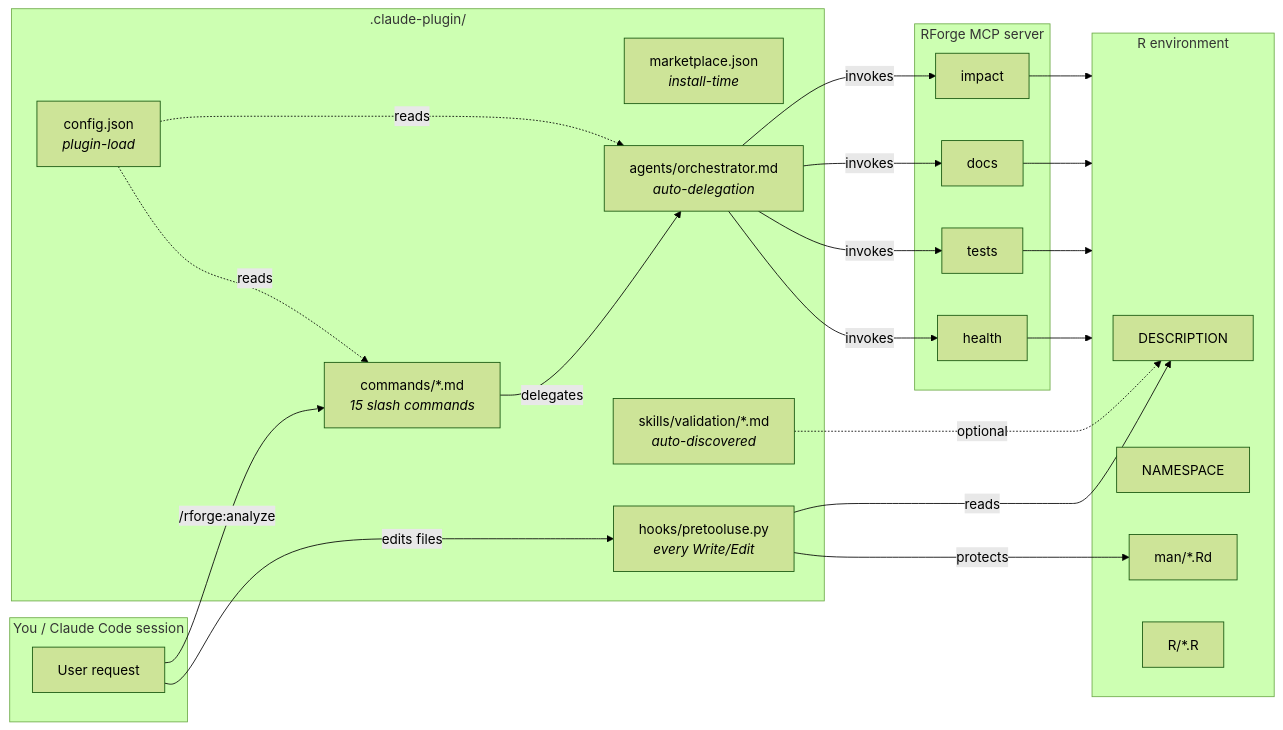
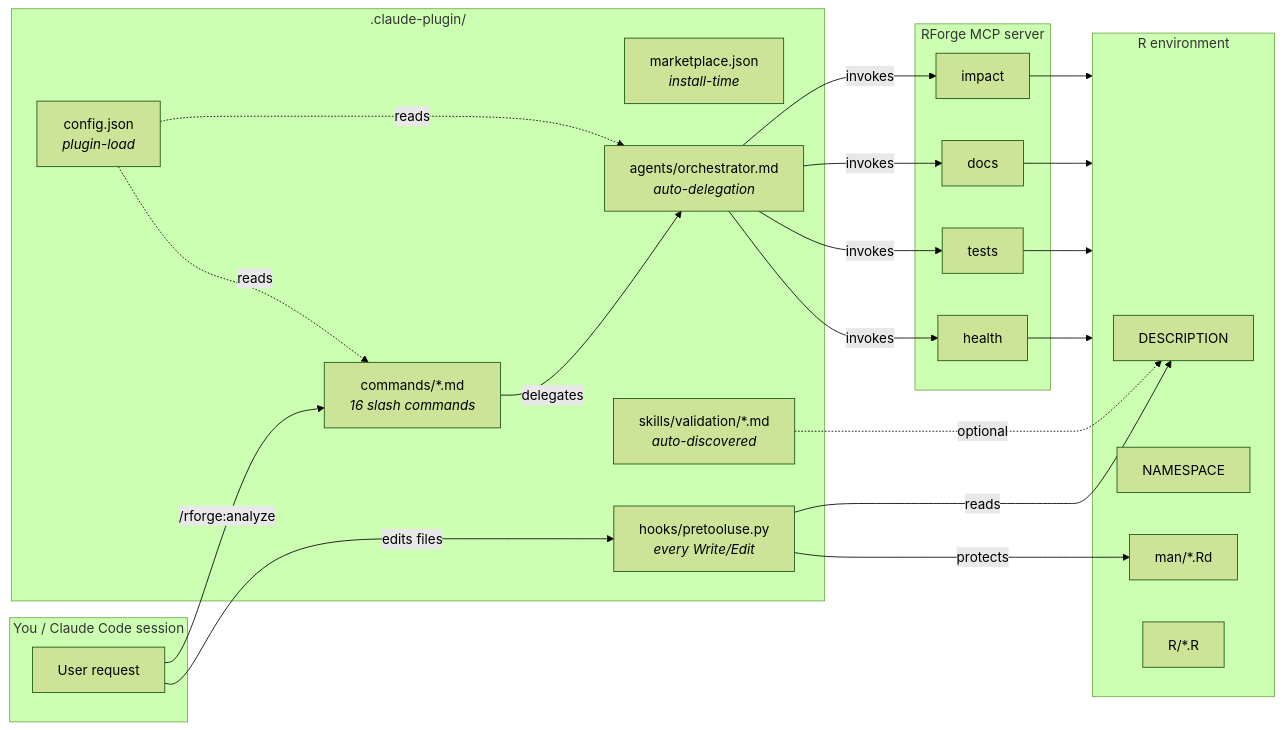
One commit to Data-Wise/rforge changed the first of 2 diagrams in docs/architecture.md. Above: the diagram before and after it, drawn with Mermaid (forest theme). The commit also changed 3 other files, not shown here.

````diff
--- a/docs/architecture.md
+++ b/docs/architecture.md
@@ -18,46 +18,46 @@
 ```mermaid
 graph LR
     subgraph User["You / Claude Code session"]
         UR[User request]
     end
 
     subgraph Plugin[".claude-plugin/"]
         MP[marketplace.json<br/><i>install-time</i>]
         CFG[config.json<br/><i>plugin-load</i>]
-        CMD[commands/*.md<br/><i>15 slash commands</i>]
+        CMD[commands/*.md<br/><i>16 slash commands</i>]
         AGT[agents/orchestrator.md<br/><i>auto-delegation</i>]
         HK[hooks/pretooluse.py<br/><i>every Write/Edit</i>]
         SK[skills/validation/*.md<br/><i>auto-discovered</i>]
     end
 
     subgraph MCP["RForge MCP server"]
         T1[health]
         T2[tests]
         T3[docs]
         T4[impact]
     end
 
     subgraph R["R environment"]
         DESCR[DESCRIPTION]
         NS[NAMESPACE]
         RD[man/*.Rd]
         SRC[R/*.R]
     end
 
     UR -->|/rforge:analyze| CMD
     UR -->|edits files| HK
     HK -->|reads| DESCR
     HK -->|protects| RD
     CMD -->|delegates| AGT
     AGT -->|invokes| T1
     AGT -->|invokes| T2
     AGT -->|invokes| T3
     AGT -->|invokes| T4
     T1 --> R
     T2 --> R
     T3 --> R
     T4 --> R
     SK -.->|optional| DESCR
     CFG -.->|reads| CMD
     CFG -.->|reads| AGT
 ```
````
